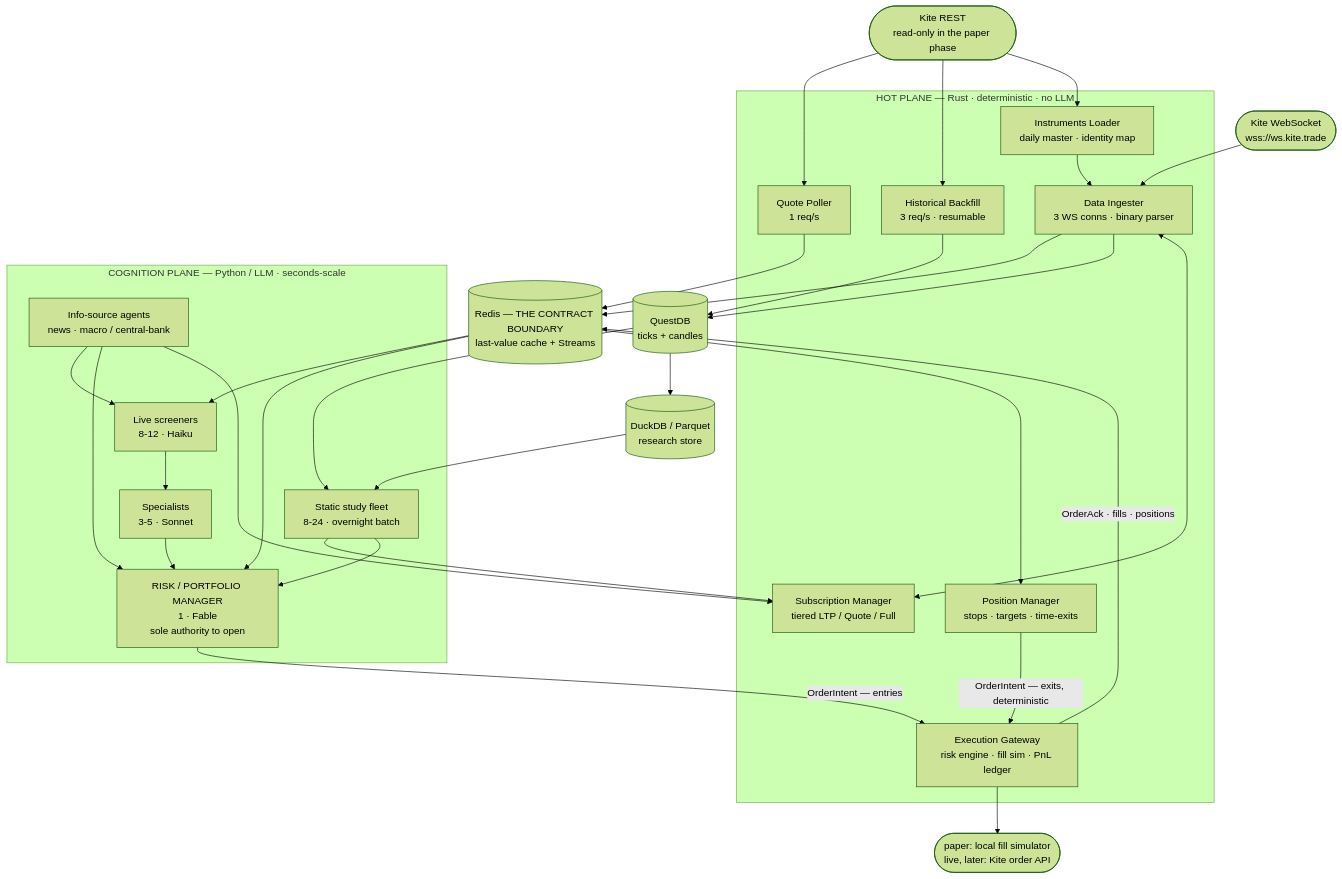
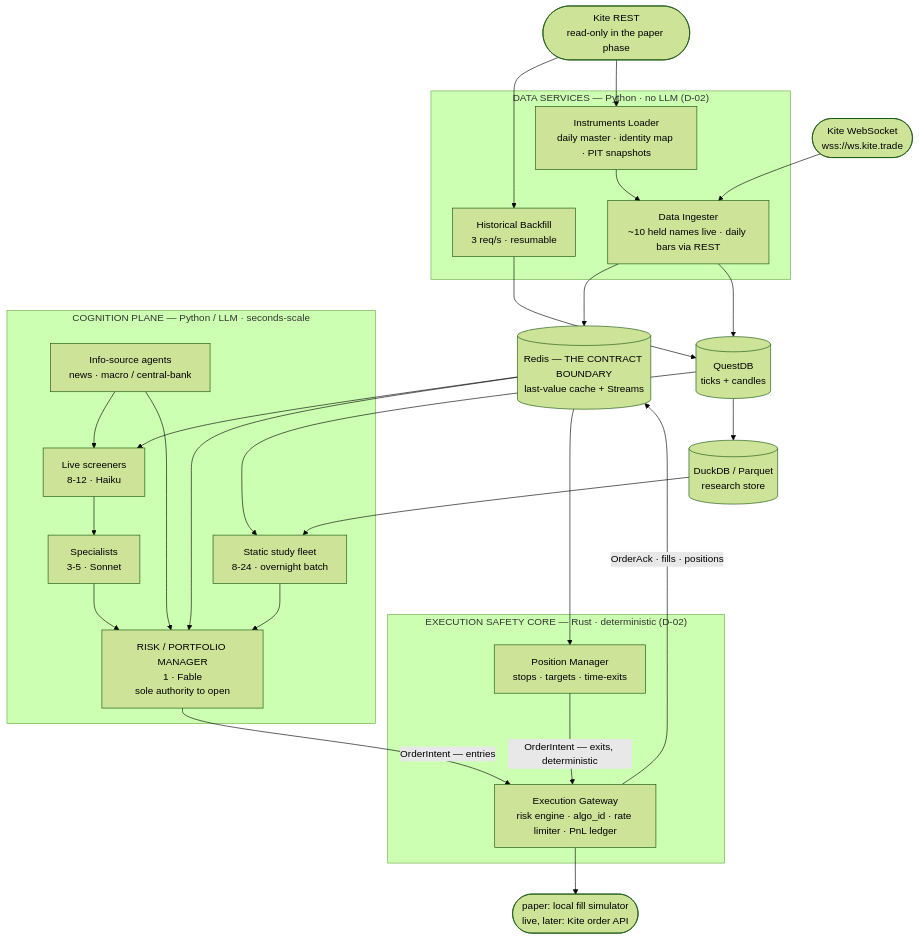
One commit to pandianss/Kestrel changed the diagram in docs/03-architecture.md. Above: the diagram before and after it, drawn with Mermaid (forest theme). The commit also changed other lines of this file and 14 other files, not shown here.

````diff
--- a/docs/03-architecture.md
+++ b/docs/03-architecture.md
@@ -19,61 +19,57 @@
 ```mermaid
 flowchart TB
     KWS(["Kite WebSocket<br/>wss://ws.kite.trade"])
     KREST(["Kite REST<br/>read-only in the paper phase"])
 
-    subgraph HOT["HOT PLANE — Rust · deterministic · no LLM"]
-        INST["Instruments Loader<br/>daily master · identity map"]
-        ING["Data Ingester<br/>3 WS conns · binary parser"]
-        SUB["Subscription Manager<br/>tiered LTP / Quote / Full"]
-        QP["Quote Poller<br/>1 req/s"]
+    subgraph DATA["DATA SERVICES — Python · no LLM (D-02)"]
+        INST["Instruments Loader<br/>daily master · identity map · PIT snapshots"]
+        ING["Data Ingester<br/>~10 held names live · daily bars via REST"]
         BF["Historical Backfill<br/>3 req/s · resumable"]
+    end
+
+    subgraph CORE["EXECUTION SAFETY CORE — Rust · deterministic (D-02)"]
         POS["Position Manager<br/>stops · targets · time-exits"]
-        EXEC["Execution Gateway<br/>risk engine · fill sim · PnL ledger"]
+        EXEC["Execution Gateway<br/>risk engine · algo_id · rate limiter · PnL ledger"]
     end
 
     REDIS[("Redis — THE CONTRACT BOUNDARY<br/>last-value cache + Streams")]
     QDB[("QuestDB<br/>ticks + candles")]
     DUCK[("DuckDB / Parquet<br/>research store")]
 
     subgraph COG["COGNITION PLANE — Python / LLM · seconds-scale"]
         STUDY["Static study fleet<br/>8-24 · overnight batch"]
         INFO["Info-source agents<br/>news · macro / central-bank"]
         SCR["Live screeners<br/>8-12 · Haiku"]
         SPEC["Specialists<br/>3-5 · Sonnet"]
         RPM["RISK / PORTFOLIO MANAGER<br/>1 · Fable<br/>sole authority to open"]
     end
 
     BACKEND(["paper: local fill simulator<br/>live, later: Kite order API"])
 
     KWS --> ING
-    KREST --> QP
     KREST --> BF
     KREST --> INST
 
     INST --> ING
-    SUB <--> ING
     ING --> REDIS
     ING --> QDB
-    QP --> REDIS
     BF --> QDB
     QDB --> DUCK
 
     REDIS --> SCR
     REDIS --> RPM
     REDIS --> POS
     QDB --> STUDY
     DUCK --> STUDY
 
     INFO --> SCR
     INFO --> RPM
-    INFO --> SUB
-    STUDY --> SUB
     STUDY --> RPM
     SCR --> SPEC
     SPEC --> RPM
 
     RPM -- "OrderIntent — entries" --> EXEC
     POS -- "OrderIntent — exits, deterministic" --> EXEC
     EXEC --> BACKEND
     EXEC -- "OrderAck · fills · positions" --> REDIS
 ```
````
